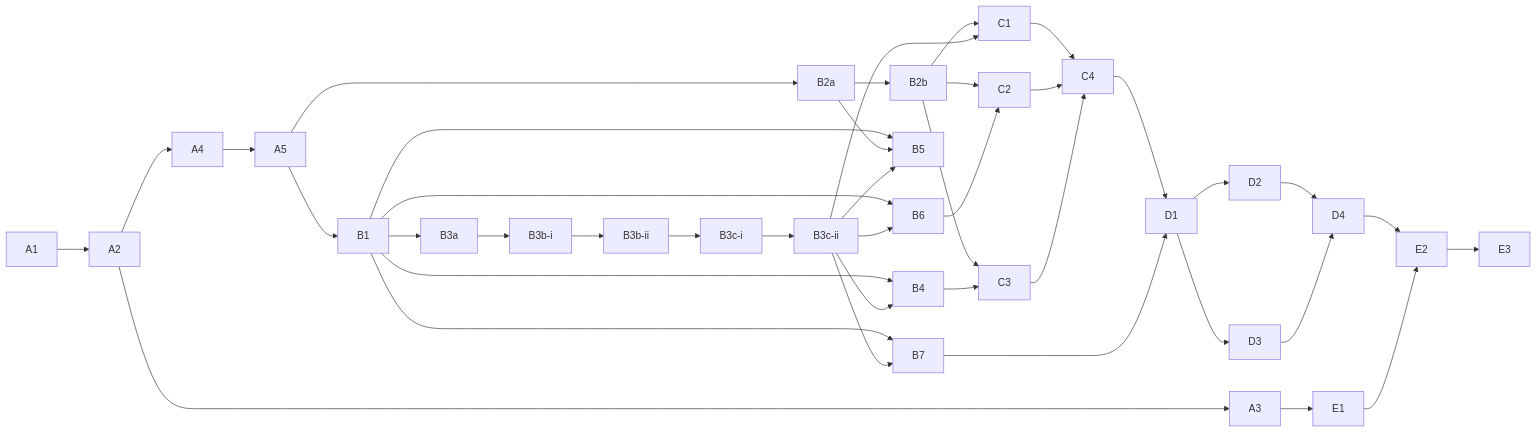
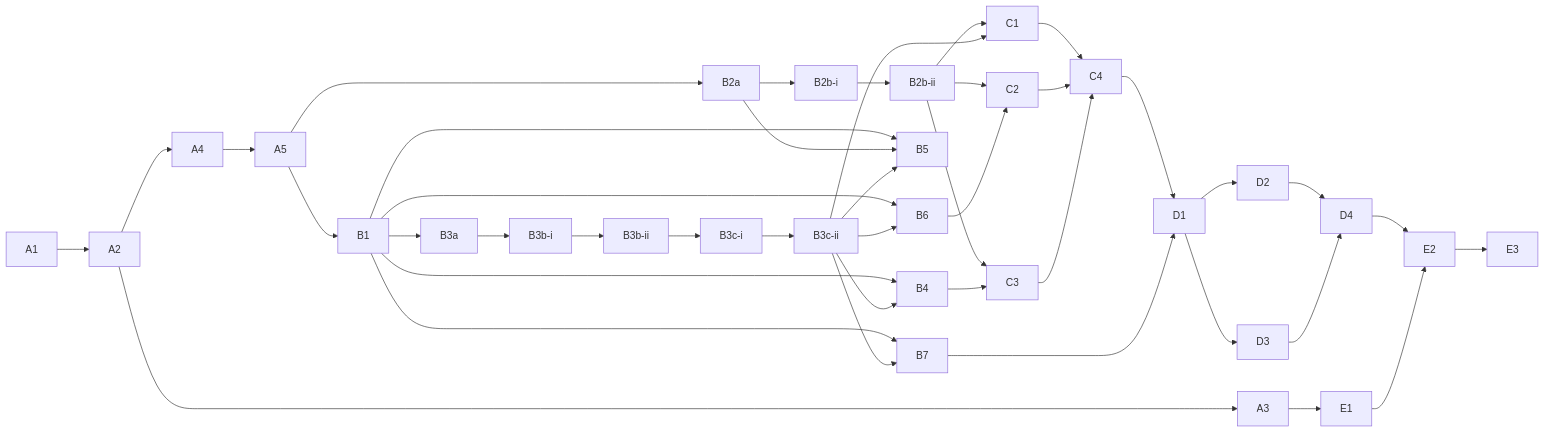
The diagram in tasks/BACKLOG.md (andreavadacchino/cPanel_self-migration), drawn with Mermaid before and after one commit. The commit also changed other lines of this file and 8 other files, not shown here.

````diff
--- a/tasks/BACKLOG.md
+++ b/tasks/BACKLOG.md
@@ -87,36 +102,36 @@
 ```mermaid
 graph LR
   A1-->A2
   A2-->A3
   A2-->A4-->A5
   A5-->B1
-  A5-->B2a-->B2b
+  A5-->B2a-->B2b-i-->B2b-ii
   B1-->B3a-->B3b-i-->B3b-ii-->B3c-i-->B3c-ii
   B1-->B4
   B3c-ii-->B4
   B1-->B5
   B2a-->B5
   B3c-ii-->B5
   B1-->B6
   B3c-ii-->B6
   B1-->B7
   B3c-ii-->B7
-  B2b-->C1
+  B2b-ii-->C1
   B3c-ii-->C1
-  B2b-->C2
+  B2b-ii-->C2
   B6-->C2
-  B2b-->C3
+  B2b-ii-->C3
   B4-->C3
   C1-->C4
   C2-->C4
   C3-->C4
   C4-->D1
   B7-->D1
   D1-->D2
   D1-->D3
   D2-->D4
   D3-->D4
   A3-->E1
   D4-->E2
   E1-->E2-->E3
 ```
````
